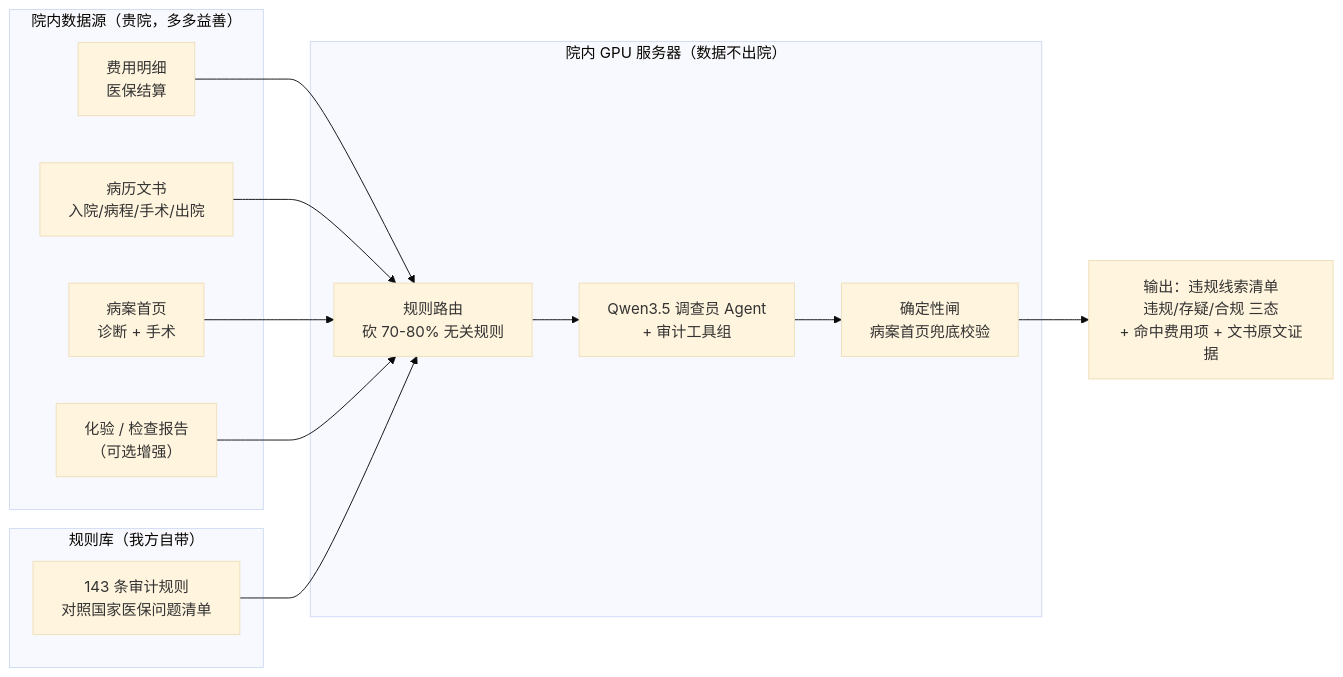
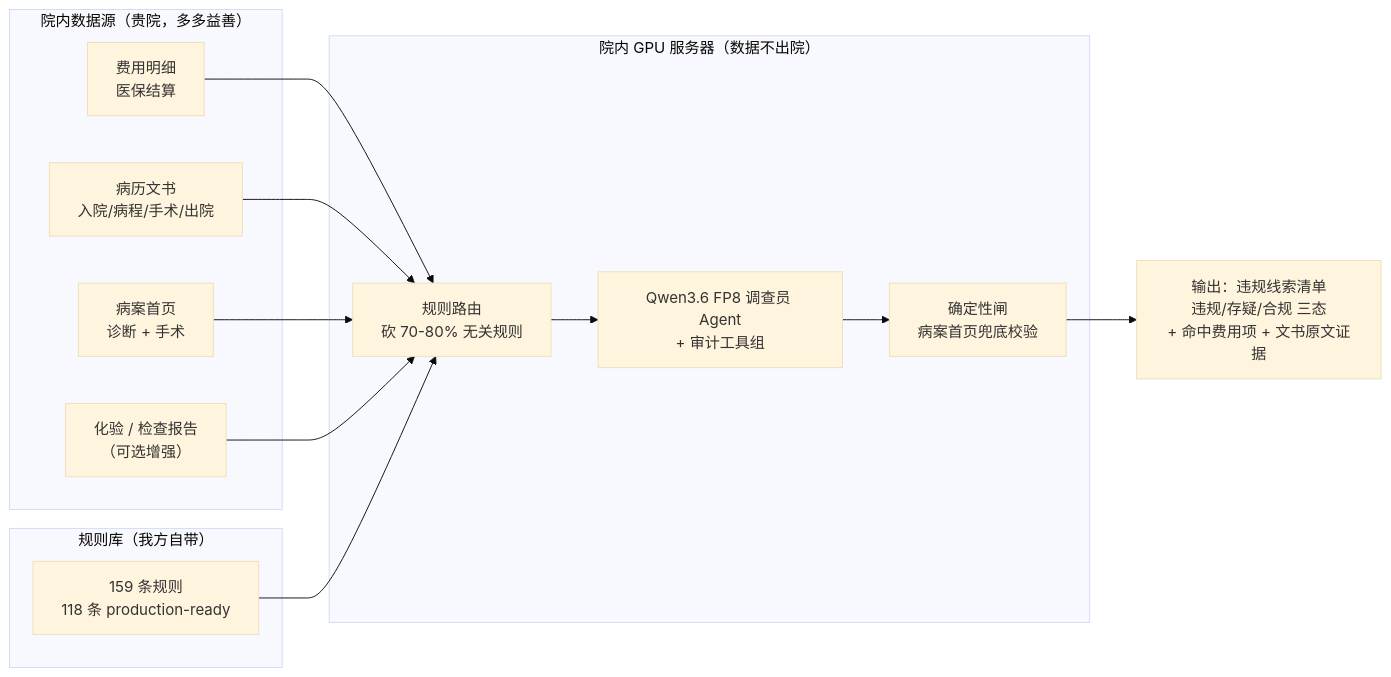
The second of 3 diagrams in Info_Sync/01_Zadig与Javert_产品与数据对接说明.md (Oala-null/JavertAgent), drawn with Mermaid (base theme) before and after one commit. The commit also changed other lines of this file and 39 other files, not shown here.

````diff
--- a/Info_Sync/01_Zadig与Javert_产品与数据对接说明.md
+++ b/Info_Sync/01_Zadig与Javert_产品与数据对接说明.md
@@ -166,24 +174,24 @@
 ```mermaid
 flowchart LR
     subgraph HOSP["院内数据源（贵院，多多益善）"]
         A["费用明细<br/>医保结算"]
         B["病历文书<br/>入院/病程/手术/出院"]
         C["病案首页<br/>诊断 + 手术"]
         D["化验 / 检查报告<br/>（可选增强）"]
     end
     subgraph RULES["规则库（我方自带）"]
-        R["143 条审计规则<br/>对照国家医保问题清单"]
+        R["159 条规则<br/>118 条 production-ready"]
     end
     subgraph BOX["院内 GPU 服务器（数据不出院）"]
         RT["规则路由<br/>砍 70-80% 无关规则"]
-        E["Qwen3.5 调查员 Agent<br/>+ 审计工具组"]
+        E["Qwen3.6 FP8 调查员 Agent<br/>+ 审计工具组"]
         G["确定性闸<br/>病案首页兜底校验"]
         RT --> E --> G
     end
     A --> RT
     B --> RT
     C --> RT
     D --> RT
     R --> RT
     G --> OUT["输出：违规线索清单<br/>违规/存疑/合规 三态<br/>+ 命中费用项 + 文书原文证据"]
 ```
````
